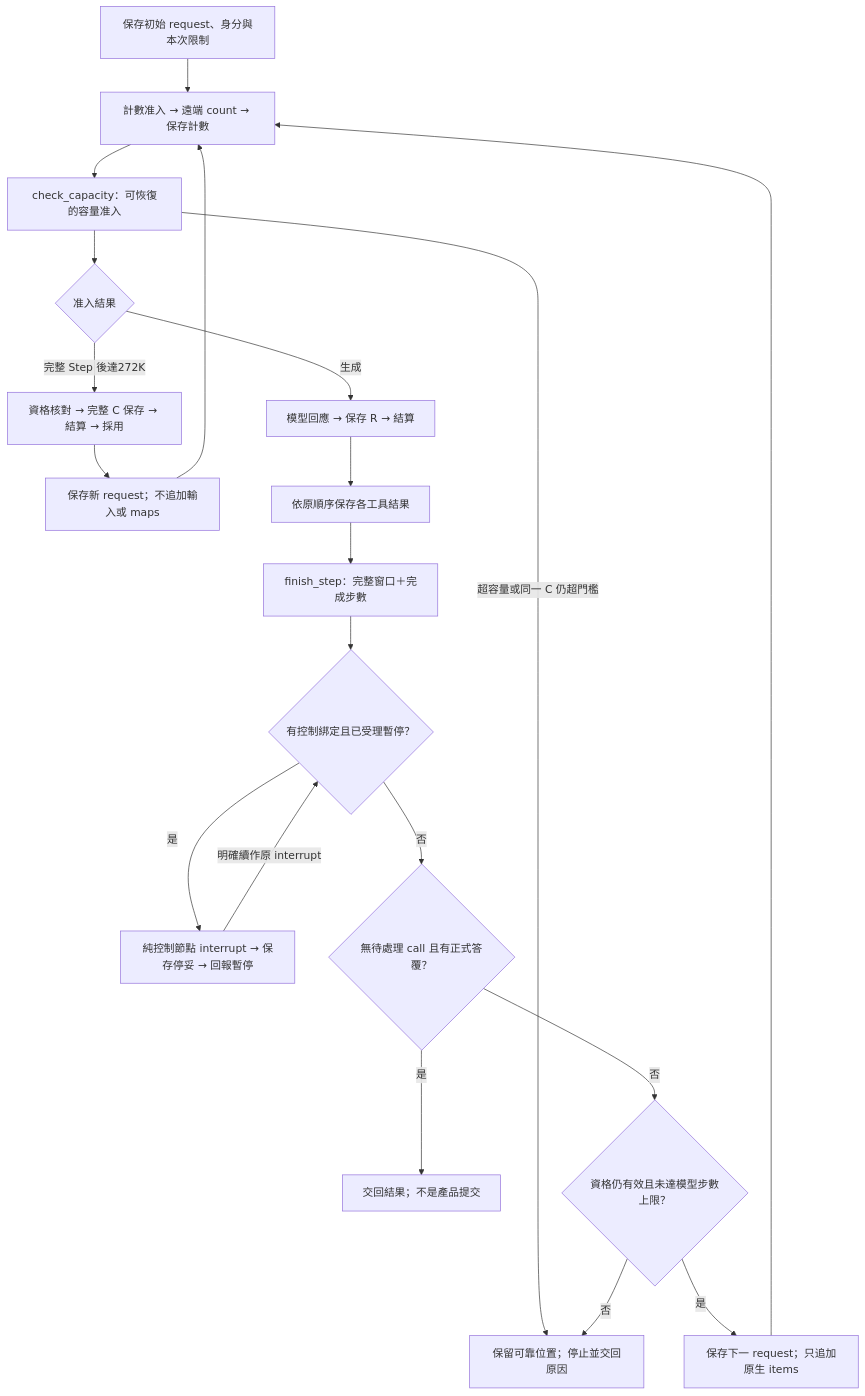
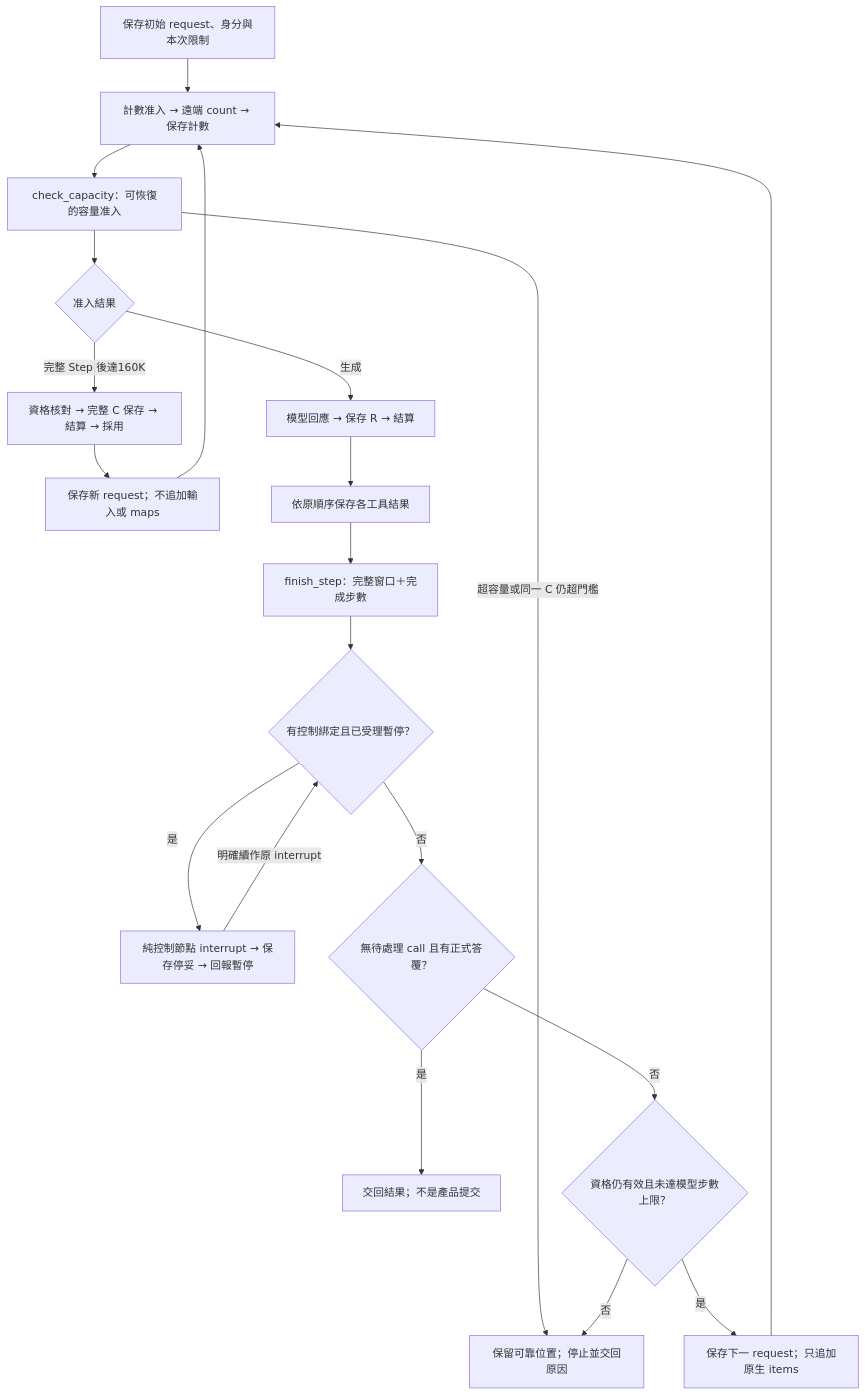
One commit to JD-Consultant/Caliburn changed the third of 7 diagrams in docs/implementation/agent-execution.md. Above: the diagram before and after it, drawn with Mermaid. The commit also changed other lines of this file and 10 other files, not shown here.

````diff
--- a/docs/implementation/agent-execution.md
+++ b/docs/implementation/agent-execution.md
@@ -193,22 +193,22 @@
 ```mermaid
 flowchart TD
   I["保存初始 request、身分與本次限制"] --> C["計數准入 → 遠端 count → 保存計數"]
   C --> G["check_capacity：可恢復的容量准入"]
   G --> Q{"准入結果"}
   Q -->|生成| R["模型回應 → 保存 R → 結算"]
-  Q -->|完整 Step 後達272K| CP["資格核對 → 完整 C 保存 → 結算 → 採用"]
+  Q -->|完整 Step 後達160K| CP["資格核對 → 完整 C 保存 → 結算 → 採用"]
   CP --> NC["保存新 request；不追加輸入或 maps"]
   NC --> C
   G -->|超容量或同一 C 仍超門檻| E["保留可靠位置；停止並交回原因"]
   R --> T["依原順序保存各工具結果"]
   T --> S["finish_step：完整窗口＋完成步數"]
   S --> CT{"有控制綁定且已受理暫停？"}
   CT -->|是| PA["純控制節點 interrupt → 保存停妥 → 回報暫停"]
   PA -->|明確續作原 interrupt| CT
   CT -->|否| F{"無待處理 call 且有正式答覆？"}
   F -->|是| D["交回結果；不是產品提交"]
   F -->|否| N{"資格仍有效且未達模型步數上限？"}
   N -->|否| E
   N -->|是| P["保存下一 request；只追加原生 items"]
   P --> C
 ```
````
